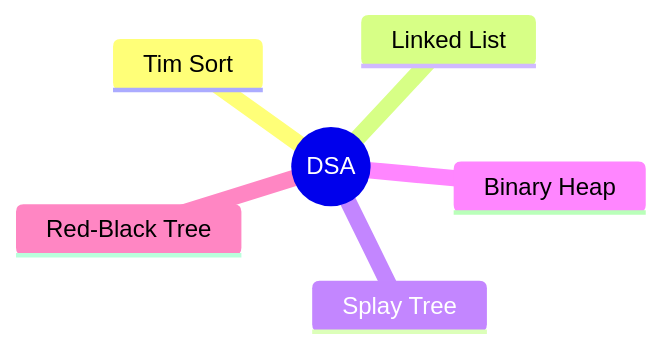
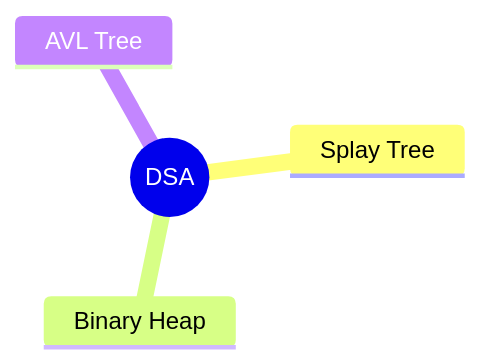
One commit to SP24-212/Edstem-Tracker changed the first of 2 diagrams in docs/dsa.md. Above: the diagram before and after it, drawn with Mermaid. The commit also changed other lines of this file and 2 other files, not shown here.

````diff
--- a/docs/dsa.md
+++ b/docs/dsa.md
@@ -7,9 +7,7 @@
 ```mermaid
 mindmap
   root((DSA))
-    Tim Sort
-    Linked List
     Splay Tree
     Binary Heap 
-    Red-Black Tree
+    AVL Tree
 ```
````
